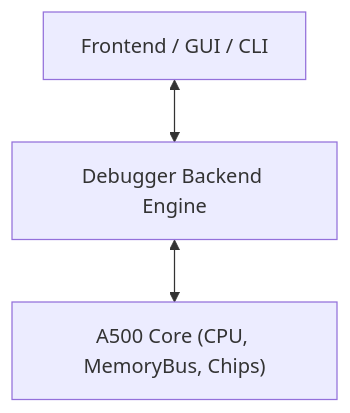
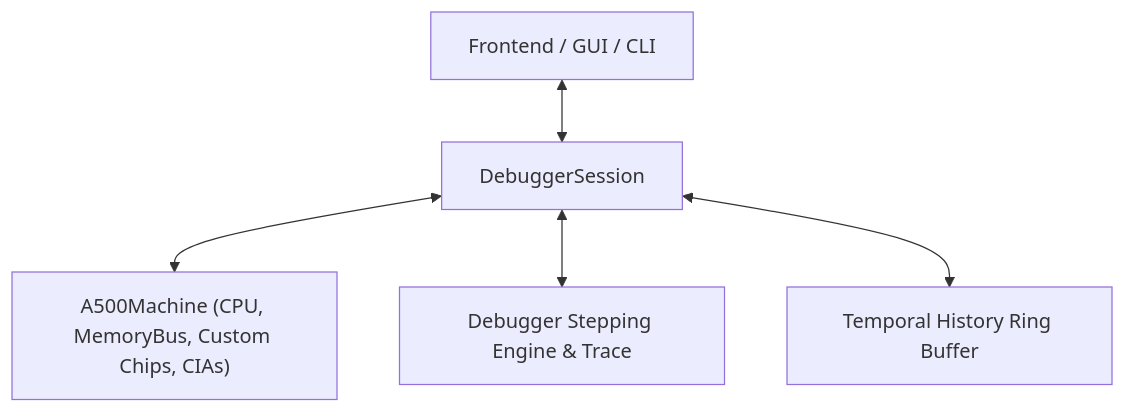
Before and after one commit to tomek-anuszkiewicz/amiga-studio: the diagram in Obsidian/Amiga/Design/Debugger.md, drawn with Mermaid. The commit also changed other lines of this file and 71 other files, not shown here.

````diff
--- a/Obsidian/Amiga/Design/Debugger.md
+++ b/Obsidian/Amiga/Design/Debugger.md
@@ -30,5 +30,7 @@
 ```mermaid
 graph TD
-    UI["Frontend / GUI / CLI"] <--> DEBUGGER["Debugger Backend Engine"]
-    DEBUGGER <--> MACHINE["A500 Core (CPU, MemoryBus, Chips)"]
+    UI["Frontend / GUI / CLI"] <--> SESSION["DebuggerSession"]
+    SESSION <--> MACHINE["A500Machine (CPU, MemoryBus, Custom Chips, CIAs)"]
+    SESSION <--> DEBUGGER["Debugger Stepping Engine & Trace"]
+    SESSION <--> TEMPORAL["Temporal History Ring Buffer"]
 ```
````
